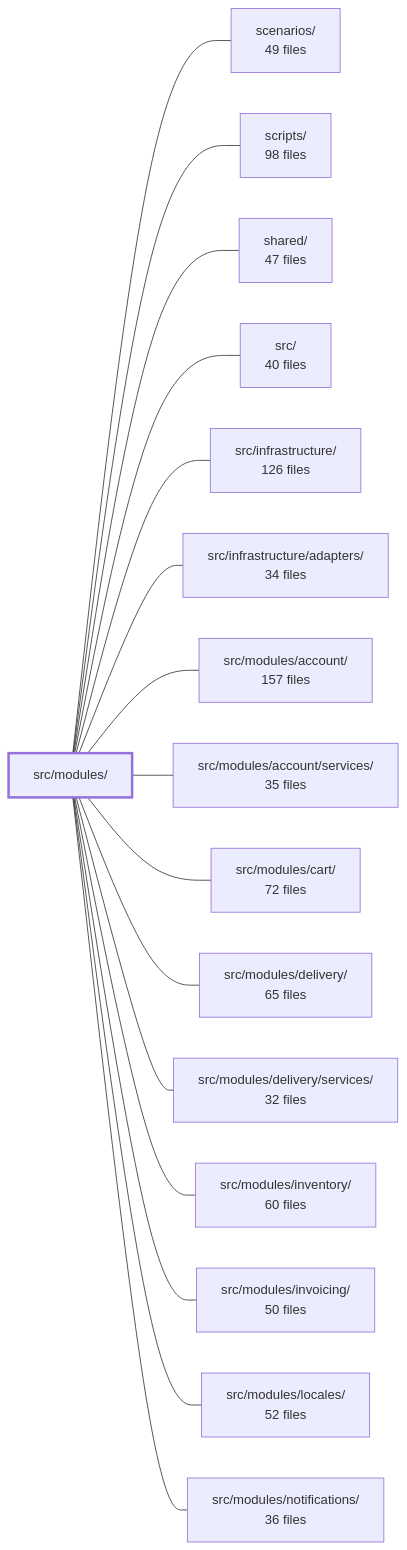
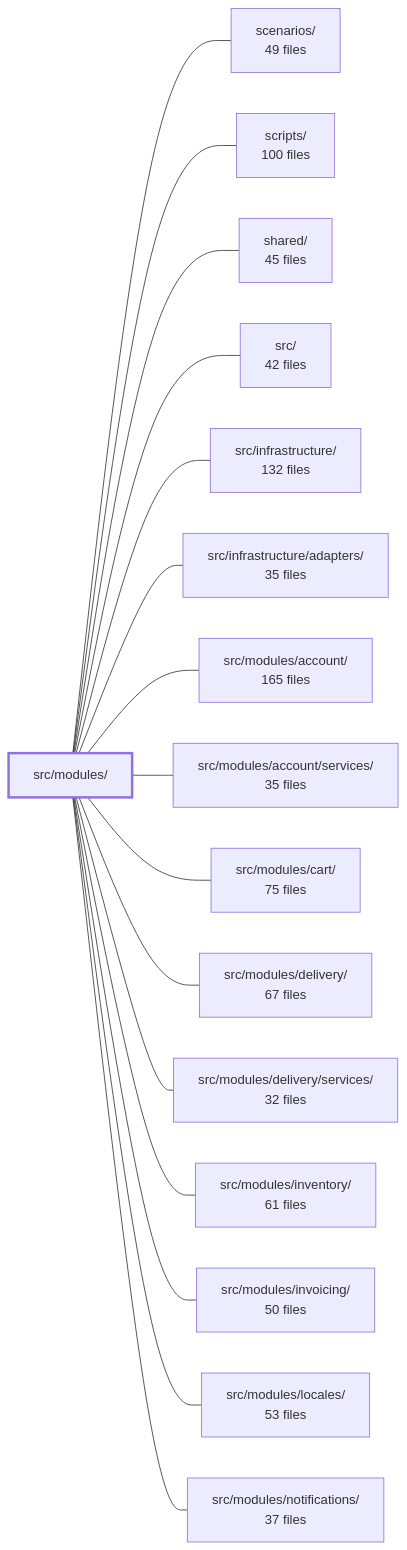
One commit to Guebbit/boilerplate-node-backend changed the diagram in .2brain/modules/boilerplate-node-backend_src_modules.md. Above: the diagram before and after it, drawn with Mermaid. The commit also changed other lines of this file and 1102 other files, not shown here.

````diff
--- a/.2brain/modules/boilerplate-node-backend_src_modules.md
+++ b/.2brain/modules/boilerplate-node-backend_src_modules.md
@@ -39,35 +40,35 @@
 ```mermaid
 flowchart LR
     m_src_modules["src/modules/"]
     m_scenarios["scenarios/<br/>49 files"]
-    m_scripts["scripts/<br/>98 files"]
-    m_shared["shared/<br/>47 files"]
-    m_src["src/<br/>40 files"]
-    m_src_infrastructure["src/infrastructure/<br/>126 files"]
-    m_src_infrastructure_adapters["src/infrastructure/adapters/<br/>34 files"]
-    m_src_modules_account["src/modules/account/<br/>157 files"]
+    m_scripts["scripts/<br/>100 files"]
+    m_shared["shared/<br/>45 files"]
+    m_src["src/<br/>42 files"]
+    m_src_infrastructure["src/infrastructure/<br/>132 files"]
+    m_src_infrastructure_adapters["src/infrastructure/adapters/<br/>35 files"]
+    m_src_modules_account["src/modules/account/<br/>165 files"]
     m_src_modules_account_services["src/modules/account/services/<br/>35 files"]
-    m_src_modules_cart["src/modules/cart/<br/>72 files"]
-    m_src_modules_delivery["src/modules/delivery/<br/>65 files"]
+    m_src_modules_cart["src/modules/cart/<br/>75 files"]
+    m_src_modules_delivery["src/modules/delivery/<br/>67 files"]
     m_src_modules_delivery_services["src/modules/delivery/services/<br/>32 files"]
-    m_src_modules_inventory["src/modules/inventory/<br/>60 files"]
+    m_src_modules_inventory["src/modules/inventory/<br/>61 files"]
     m_src_modules_invoicing["src/modules/invoicing/<br/>50 files"]
-    m_src_modules_locales["src/modules/locales/<br/>52 files"]
-    m_src_modules_notifications["src/modules/notifications/<br/>36 files"]
+    m_src_modules_locales["src/modules/locales/<br/>53 files"]
+    m_src_modules_notifications["src/modules/notifications/<br/>37 files"]
     m_src_modules --- m_scenarios
     m_src_modules --- m_scripts
     m_src_modules --- m_shared
     m_src_modules --- m_src
     m_src_modules --- m_src_infrastructure
     m_src_modules --- m_src_infrastructure_adapters
     m_src_modules --- m_src_modules_account
     m_src_modules --- m_src_modules_account_services
     m_src_modules --- m_src_modules_cart
     m_src_modules --- m_src_modules_delivery
     m_src_modules --- m_src_modules_delivery_services
     m_src_modules --- m_src_modules_inventory
     m_src_modules --- m_src_modules_invoicing
     m_src_modules --- m_src_modules_locales
     m_src_modules --- m_src_modules_notifications
     style m_src_modules stroke-width:3px
 ```
````
